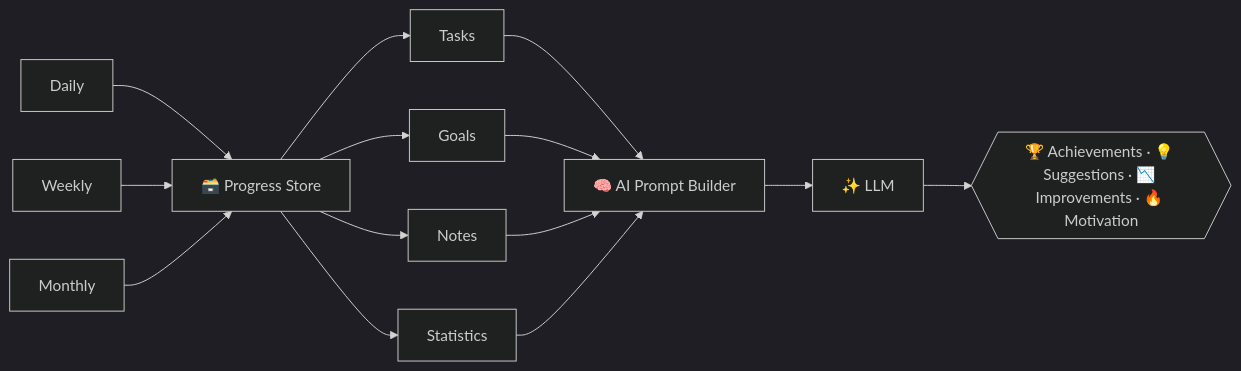
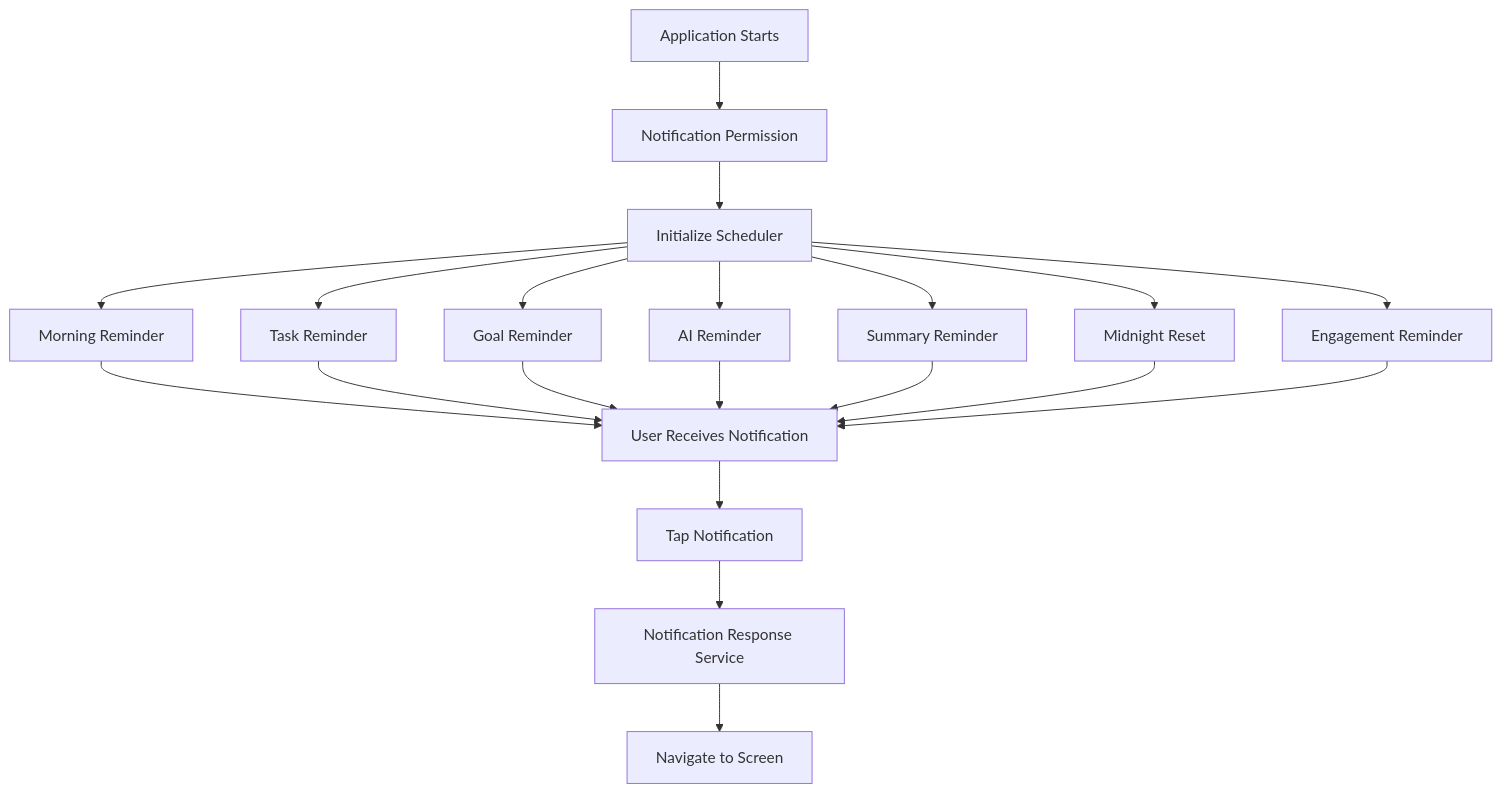
Before and after one commit to Pragatees/life-os-refined: the tenth of 14 diagrams in README.md, drawn with Mermaid. The commit also changed other lines of this file, not shown here.

````diff
--- a/README.md
+++ b/README.md
@@ -234,12 +367,16 @@
 ```mermaid
-%%{init: {'theme':'dark'}}%%
-flowchart LR
-    D[Daily] & W[Weekly] & M[Monthly] --> PS[🗃️ Progress Store]
-    PS --> TASKS2[Tasks]
-    PS --> GOALS2[Goals]
-    PS --> NOTES2[Notes]
-    PS --> STATS[Statistics]
-    TASKS2 & GOALS2 & NOTES2 & STATS --> PB[🧠 AI Prompt Builder]
-    PB --> LLM[✨ LLM]
-    LLM --> REVIEW{{"🏆 Achievements · 💡 Suggestions · 📉 Improvements · 🔥 Motivation"}}
+flowchart TD
+    A[Application Starts] --> B[Notification Permission]
+    B --> C[Initialize Scheduler]
+    C --> D[Morning Reminder]
+    C --> E[Task Reminder]
+    C --> F[Goal Reminder]
+    C --> G[AI Reminder]
+    C --> H[Summary Reminder]
+    C --> I[Midnight Reset]
+    C --> J[Engagement Reminder]
+    D & E & F & G & H & I & J --> K[User Receives Notification]
+    K --> L[Tap Notification]
+    L --> M[Notification Response Service]
+    M --> N[Navigate to Screen]
 ```
````
